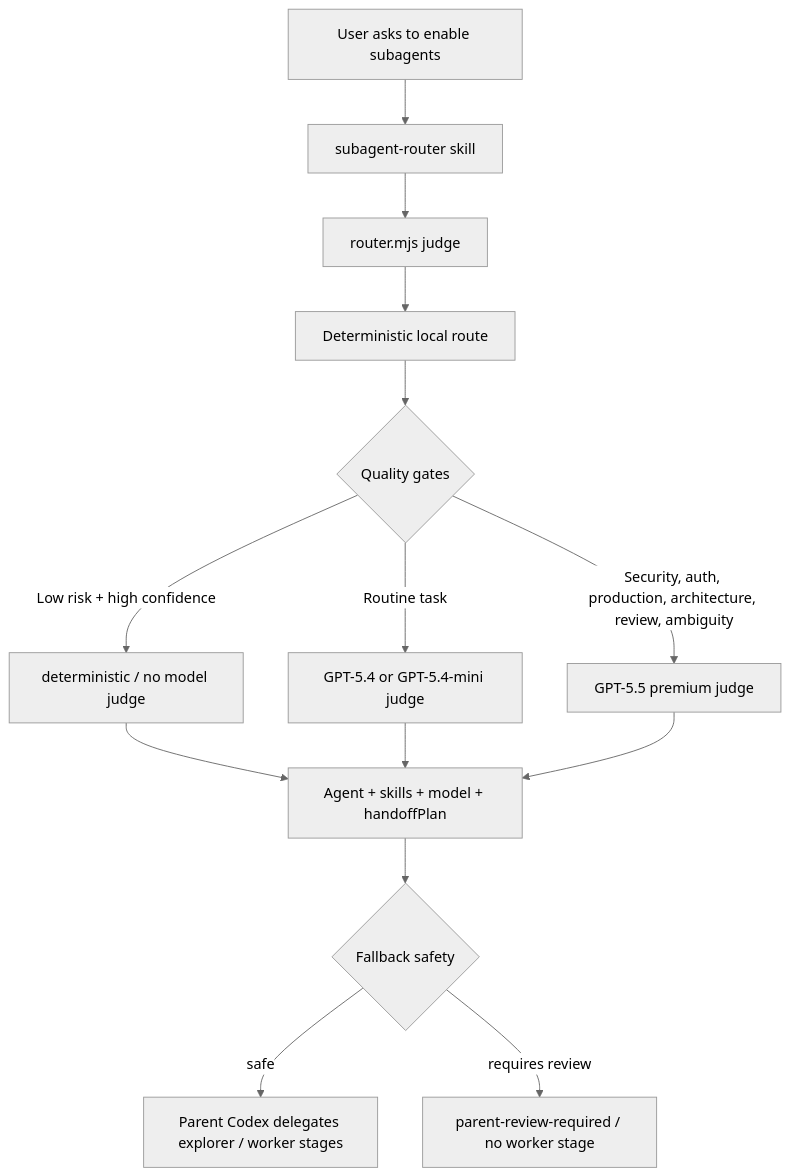
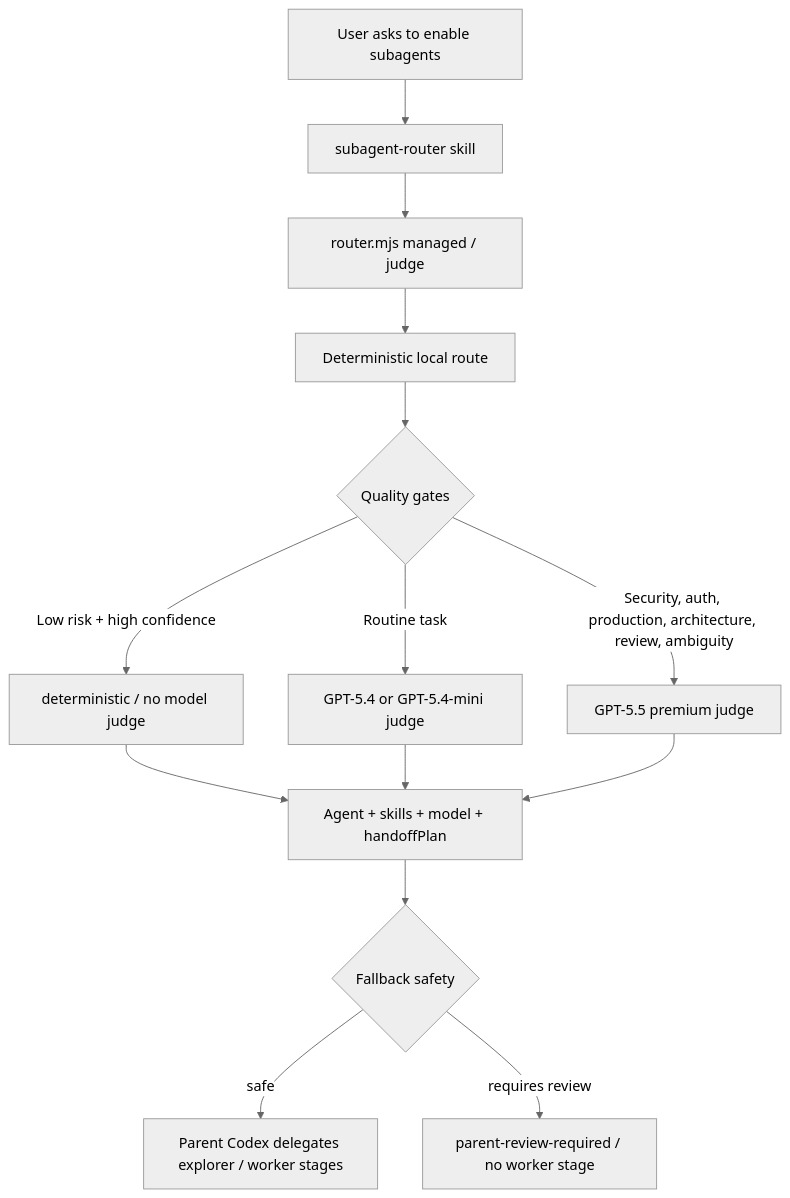
The diagram in README.md (sjp121266-ops/codex-subagent-router-v8), drawn with Mermaid (neutral theme) before and after one commit. The commit also changed other lines of this file and 4 other files, not shown here.

````diff
--- a/README.md
+++ b/README.md
@@ -24,16 +26,16 @@
 ```mermaid
 flowchart TD
   A["User asks to enable subagents"] --> B["subagent-router skill"]
-  B --> C["router.mjs judge"]
+  B --> C["router.mjs managed / judge"]
   C --> D["Deterministic local route"]
   D --> E{"Quality gates"}
   E -->|"Low risk + high confidence"| F["deterministic / no model judge"]
   E -->|"Routine task"| G["GPT-5.4 or GPT-5.4-mini judge"]
   E -->|"Security, auth, production, architecture, review, ambiguity"| H["GPT-5.5 premium judge"]
   F --> I["Agent + skills + model + handoffPlan"]
   G --> I
   H --> I
   I --> J{"Fallback safety"}
   J -->|"safe"| K["Parent Codex delegates explorer / worker stages"]
   J -->|"requires review"| L["parent-review-required / no worker stage"]
 ```
````
